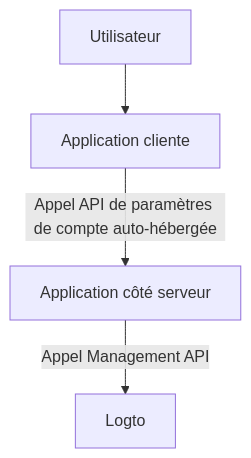
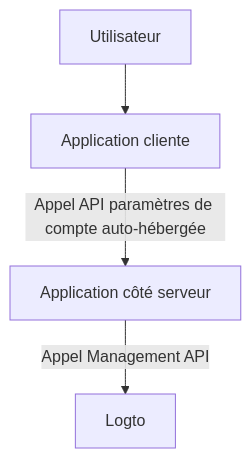
Before and after one commit to logto-io/docs: the first of 3 diagrams in i18n/fr/docusaurus-plugin-content-docs/current/end-user-flows/account-settings/by-management-api.mdx, drawn with Mermaid. The commit also changed other lines of this file and 162 other files, not shown here.

````diff
--- a/i18n/fr/docusaurus-plugin-content-docs/current/end-user-flows/account-settings/by-management-api.mdx
+++ b/i18n/fr/docusaurus-plugin-content-docs/current/end-user-flows/account-settings/by-management-api.mdx
@@ -13,6 +13,6 @@
 ```mermaid
   graph TB
     A[Utilisateur] --> B[Application cliente]
-    B -->|Appel API de paramètres de compte auto-hébergée|C[Application côté serveur]
+    B -->|Appel API paramètres de compte auto-hébergée|C[Application côté serveur]
     C -->|Appel Management API| D[Logto]
 ```
````
